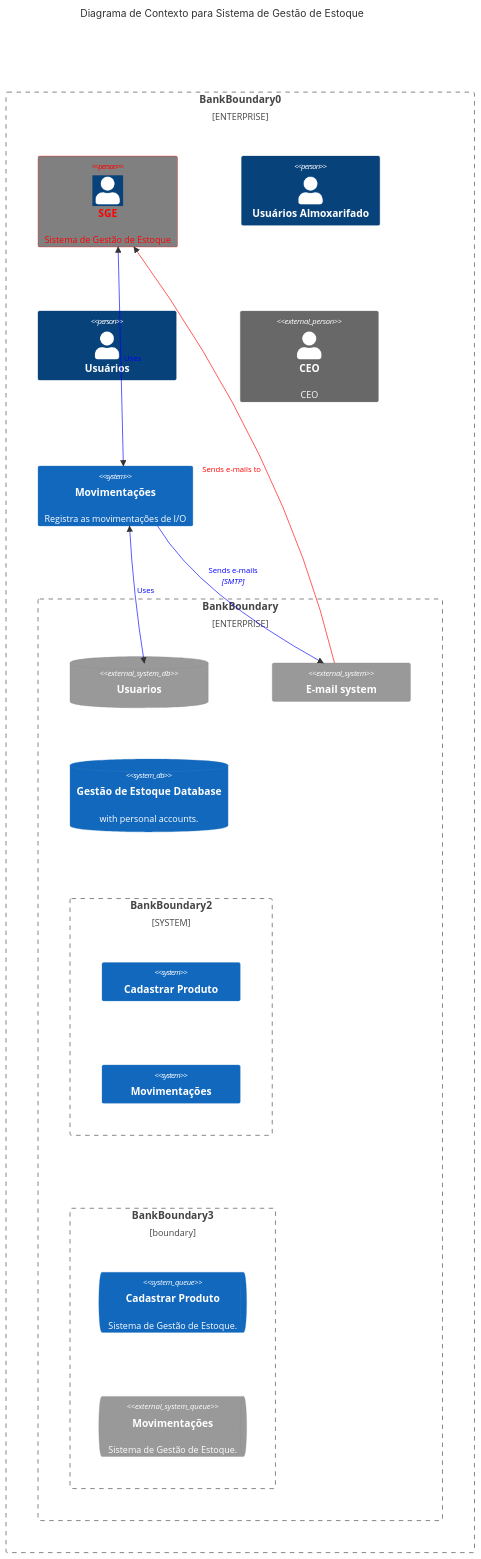
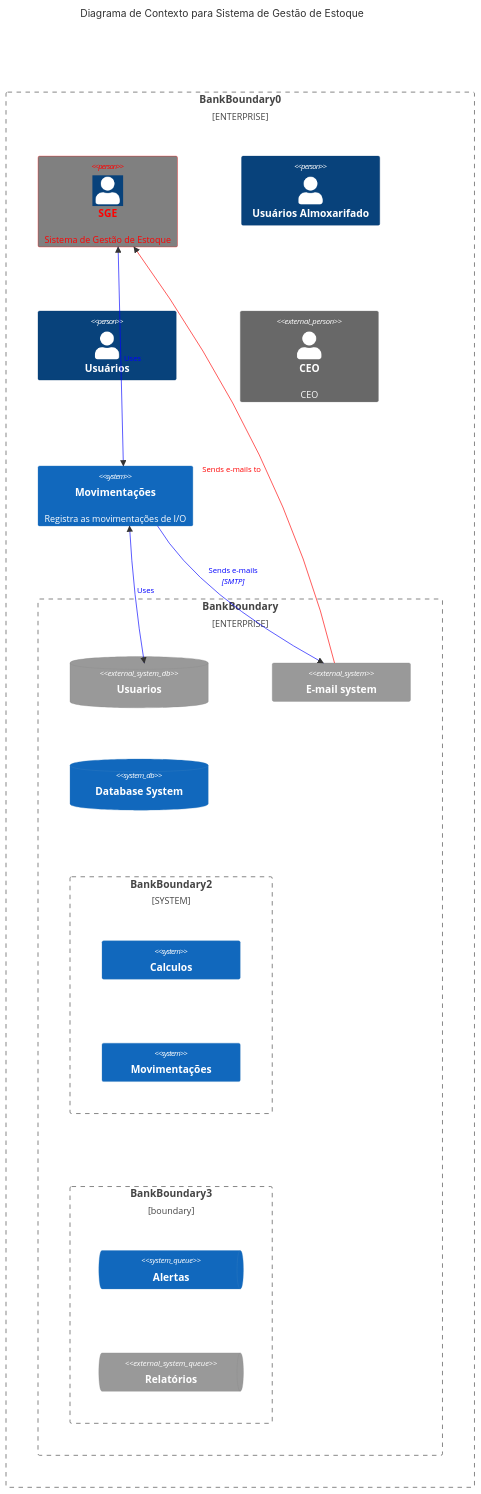
One commit to higorferreirarn/projeto_08_gestao_estoque changed the diagram in projeto_08_gestao_estoque/diagramas/c4context.md. Above: the diagram before and after it, drawn with Mermaid.

Commit message:
Alteração - Diagrama de contexto C4

````diff
--- a/projeto_08_gestao_estoque/diagramas/c4context.md
+++ b/projeto_08_gestao_estoque/diagramas/c4context.md
@@ -5,48 +5,49 @@
 ```mermaid
 
     C4Context
       title Diagrama de Contexto para Sistema de Gestão de Estoque
       Enterprise_Boundary(b0, "BankBoundary0") {
         Person(customerA, "SGE", "Sistema de Gestão de Estoque")
         Person(customerB, "Usuários Almoxarifado")
         Person(customerD, "Usuários")
         Person_Ext(customerC, "CEO", "CEO")
 
 
         System(SystemAA, "Movimentações", "Registra as movimentações de I/O")
 
         Enterprise_Boundary(b1, "BankBoundary") {
 
           SystemDb_Ext(SystemE, "Usuarios", "")
 
           System_Boundary(b2, "BankBoundary2") {
-            System(SystemA, "Cadastrar Produto")
+            System(SystemA, "Calculos")
             System(SystemB, "Movimentações", "")
           }
 
           System_Ext(SystemC, "E-mail system", "")
-          SystemDb(SystemD, "Gestão de Estoque Database", "with personal accounts.")
+          SystemDb(SystemD, "Database System")
 
           Boundary(b3, "BankBoundary3", "boundary") {
-            SystemQueue(SystemF, "Cadastrar Produto", "Sistema de Gestão de Estoque.")
-            SystemQueue_Ext(SystemG, "Movimentações", "Sistema de Gestão de Estoque.")      }
+            SystemQueue(SystemF, "Alertas", "")
+            SystemQueue_Ext(SystemG, "Relatórios", "")      
+            }
         }
       }
 
       BiRel(customerA, SystemAA, "Uses")
       BiRel(SystemAA, SystemE, "Uses")
       Rel(SystemAA, SystemC, "Sends e-mails", "SMTP")
       Rel(SystemC, customerA, "Sends e-mails to")
 
       UpdateElementStyle(customerA, $fontColor="red", $bgColor="grey", $borderColor="red")
       UpdateRelStyle(customerA, SystemAA, $textColor="blue", $lineColor="blue", $offsetX="5")
       UpdateRelStyle(SystemAA, SystemE, $textColor="blue", $lineColor="blue", $offsetY="-10")
       UpdateRelStyle(SystemAA, SystemC, $textColor="blue", $lineColor="blue", $offsetY="-40", $offsetX="-50")
       UpdateRelStyle(SystemC, customerA, $textColor="red", $lineColor="red", $offsetX="-50", $offsetY="20")
 
       UpdateLayoutConfig($c4ShapeInRow="3", $c4BoundaryInRow="1")
 
 
 
 
 ```
````
